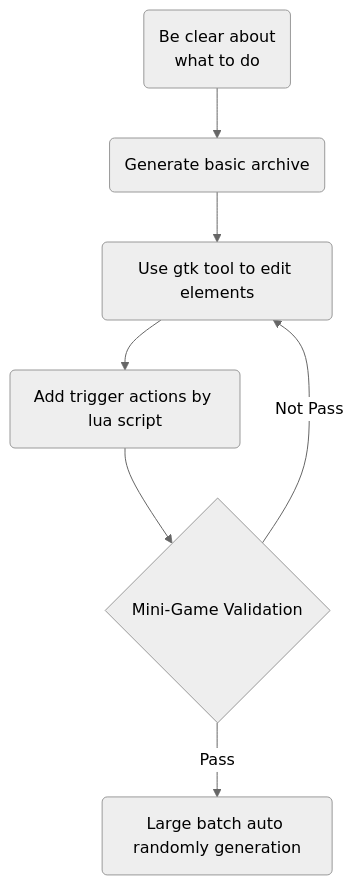
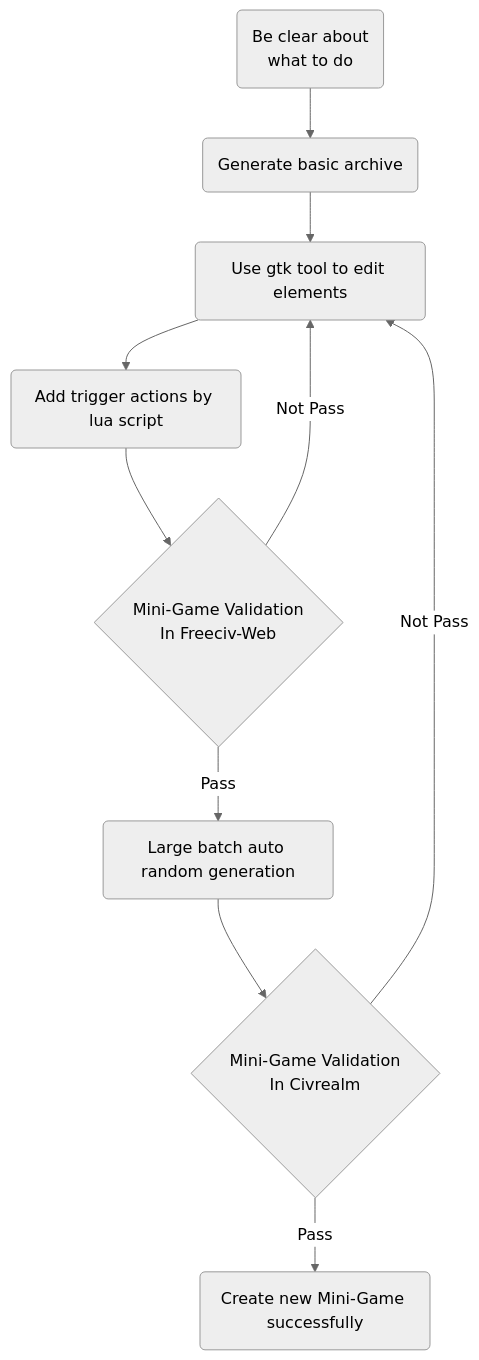
The diagram in docs/advanced_materials/minigame.md (fdrocha/forecastbench-sim), drawn with Mermaid (neutral theme) before and after one commit. The commit also changed other lines of this file, not shown here.

Commit message:
update mini-game doc

````diff
--- a/docs/advanced_materials/minigame.md
+++ b/docs/advanced_materials/minigame.md
@@ -253,9 +253,13 @@
 ```mermaid
 graph TD
     A(Be clear about \nwhat to do) --> B(Generate basic archive)
     B --> D(Use gtk tool to edit elements)
     D --> F(Add trigger actions by lua script)
-    F --> C{Mini-Game Validation}
+    F --> C{Mini-Game Validation\n In Freeciv-Web}
     C --> |Not Pass| D 
-    C --> |Pass| E(Large batch auto randomly generation)
+    C --> |Pass| E(Large batch auto random generation)
+    E --> H{Mini-Game Validation\n In Civrealm}
+    H --> |Not Pass| D
+    H --> |Pass| I(Create new Mini-Game successfully)
+
 ```
````
